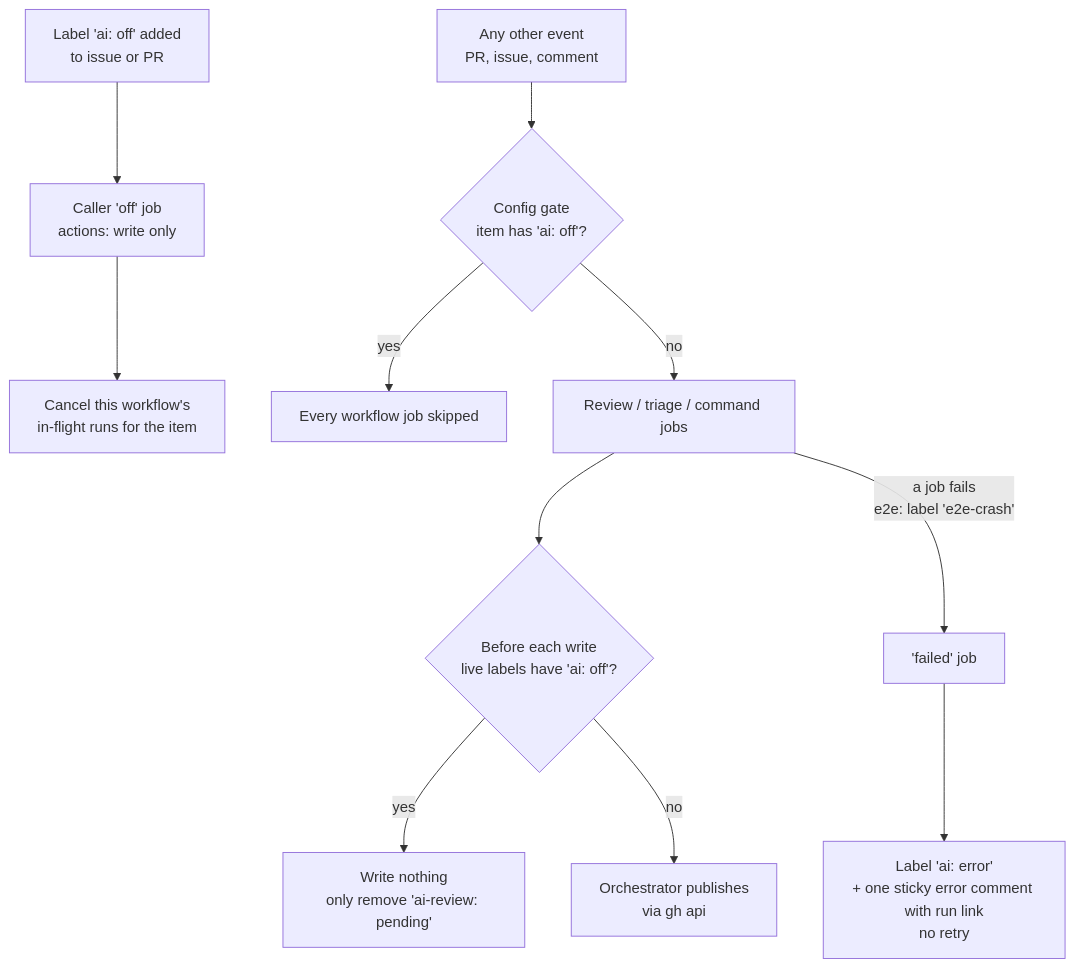
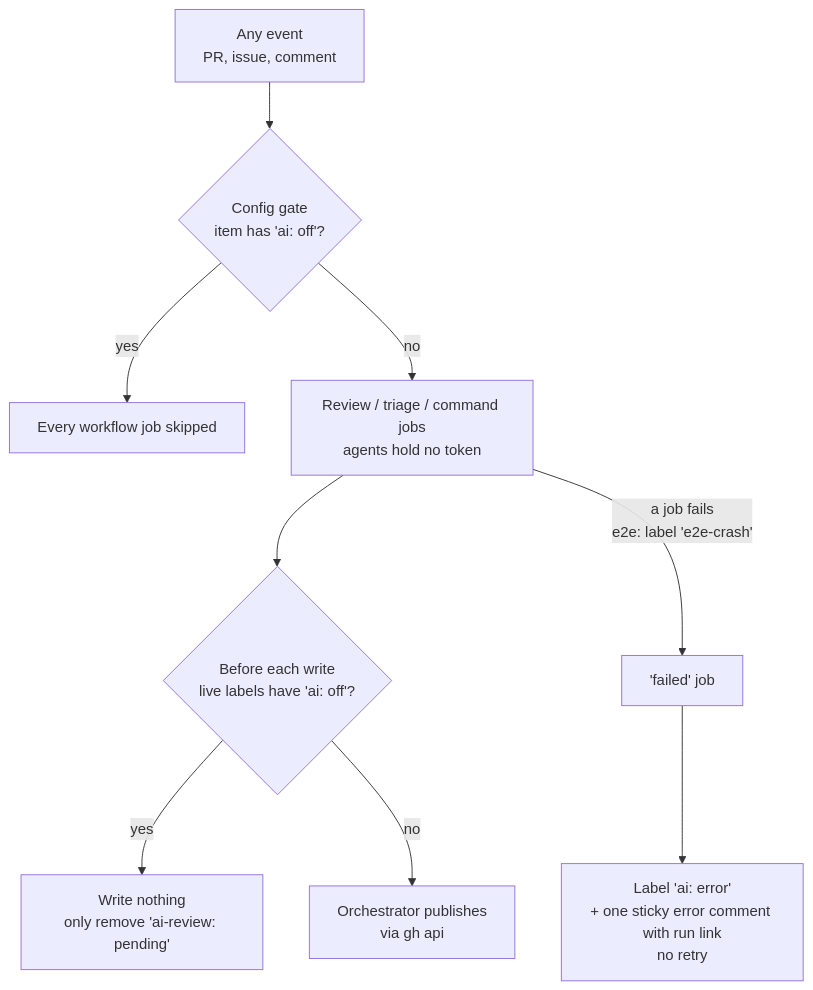
One commit to esciara/ai-workflows changed the diagram in docs/diagrams/wp12a.mmd. Above: the diagram before and after it, drawn with Mermaid. The commit also changed 7 other files, not shown here.

First line of the commit message:
revert(guardrails): drop the ai: off cancel job; gate and pre-write re-check stay (ADR-0045 decision 3)

```diff
--- a/docs/diagrams/wp12a.mmd
+++ b/docs/diagrams/wp12a.mmd
@@ -1,11 +1,9 @@
 flowchart TD
-  L["Label 'ai: off' added<br/>to issue or PR"] --> OFF["Caller 'off' job<br/>actions: write only"]
-  OFF --> CX["Cancel this workflow's<br/>in-flight runs for the item"]
-  E["Any other event<br/>PR, issue, comment"] --> G{"Config gate<br/>item has 'ai: off'?"}
+  E["Any event<br/>PR, issue, comment"] --> G{"Config gate<br/>item has 'ai: off'?"}
   G -- yes --> S["Every workflow job skipped"]
-  G -- no --> J["Review / triage / command jobs"]
+  G -- no --> J["Review / triage / command jobs<br/>agents hold no token"]
   J --> W{"Before each write<br/>live labels have 'ai: off'?"}
   W -- yes --> N["Write nothing<br/>only remove 'ai-review: pending'"]
   W -- no --> P["Orchestrator publishes<br/>via gh api"]
   J -- "a job fails<br/>e2e: label 'e2e-crash'" --> F["'failed' job"]
   F --> R["Label 'ai: error'<br/>+ one sticky error comment with run link<br/>no retry"]
```
